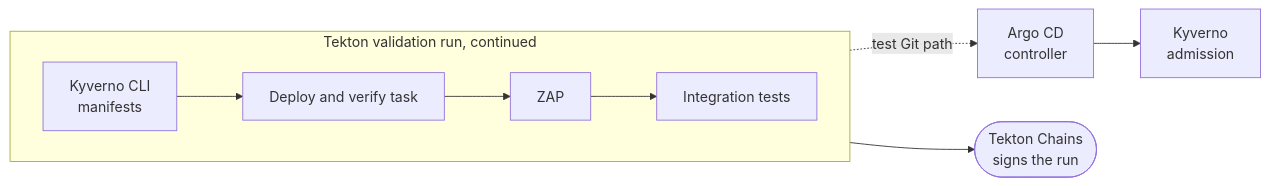
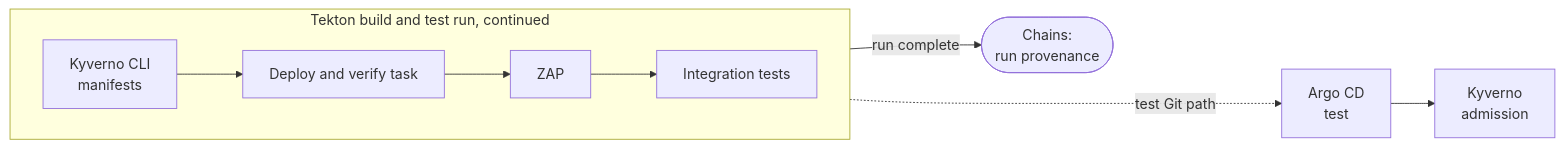
One commit to andymotta/Platform-Engineering changed the fifth of 7 diagrams in content/en/docs/reference-architectures/open-source-ssdf-cicd.md. Above: the diagram before and after it, drawn with Mermaid. The commit also changed other lines of this file, not shown here.

First line of the commit message:
docs: revise the open source SSDF reference architecture

````diff
--- a/content/en/docs/reference-architectures/open-source-ssdf-cicd.md
+++ b/content/en/docs/reference-architectures/open-source-ssdf-cicd.md
@@ -134,9 +165,9 @@
 ```mermaid
 flowchart LR
-    subgraph VAL["Tekton validation run, continued"]
+    subgraph BT["Tekton build and test run, continued"]
         direction LR
         KC["Kyverno CLI<br/>manifests"] --> DV["Deploy and verify task"] --> Z["ZAP"] --> I["Integration tests"]
     end
-    DV -.->|test Git path| A["Argo CD<br/>controller"] --> K["Kyverno<br/>admission"]
-    VAL --> C(["Tekton Chains<br/>signs the run"])
+    I -->|run complete| C(["Chains:<br/>run provenance"])
+    DV -...->|test Git path| A["Argo CD<br/>test"] --> K["Kyverno<br/>admission"]
 ```
````
